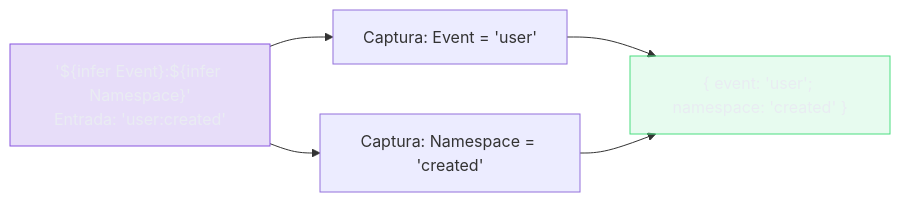
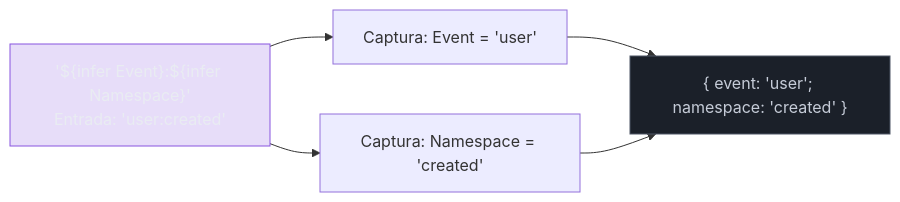
One commit to josenaldo/codex-technomanticus changed the third of 4 diagrams in 03-Dominios/Tecnologia/TypeScript/17 - Template literal types.md. Above: the diagram before and after it, drawn with Mermaid. The commit also changed other lines of this file and 601 other files, not shown here.

````diff
--- a/03-Dominios/Tecnologia/TypeScript/17 - Template literal types.md
+++ b/03-Dominios/Tecnologia/TypeScript/17 - Template literal types.md
@@ -233,14 +233,14 @@
 ```mermaid
 flowchart LR
+    classDef neutro fill:#1B2029,stroke:#4E5666,color:#C6CCD8
     classDef marca fill:#8855DF33,stroke:#8855DF,color:#E9ECF2
-    classDef ok fill:#4ADE8021,stroke:#4ADE80,color:#E9ECF2
     IN["'${infer Event}:${infer Namespace}'\nEntrada: 'user:created'"]
     M1["Captura: Event = 'user'"]
     M2["Captura: Namespace = 'created'"]
     OUT["{ event: 'user'; namespace: 'created' }"]
 
     IN --> M1 & M2 --> OUT
 
     class IN marca
-    class OUT ok
+    class OUT neutro
 ```
````
